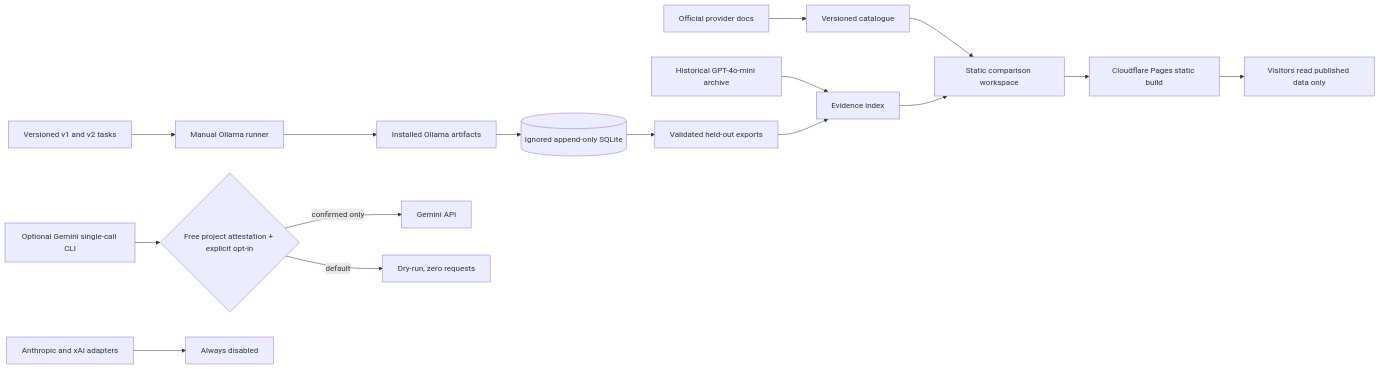
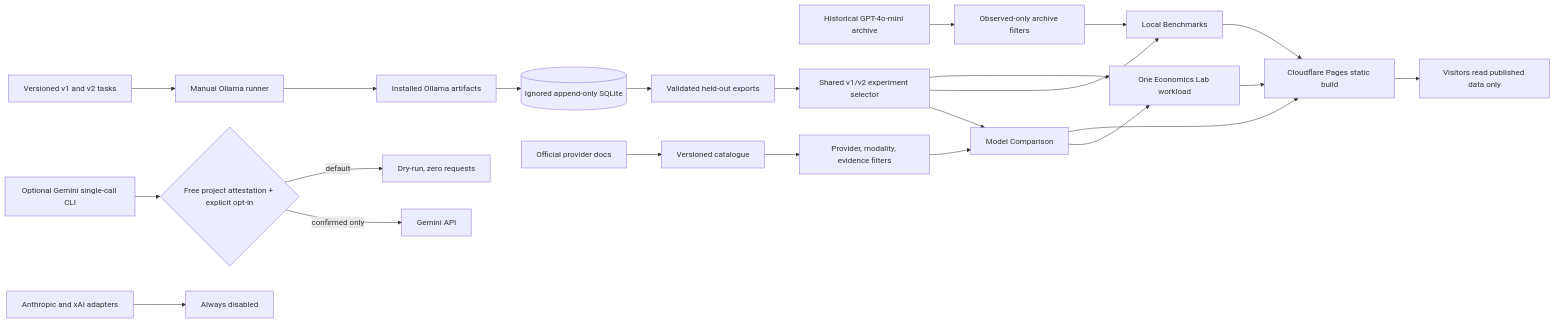
Before and after one commit to QinnniQ/infernomics: the diagram in docs/PROVIDER_METHODOLOGY.md, drawn with Mermaid. The commit also changed other lines of this file and 27 other files, not shown here.

Commit message:
Unify model comparison, benchmarks, and economics lab (#4)

````diff
--- a/docs/PROVIDER_METHODOLOGY.md
+++ b/docs/PROVIDER_METHODOLOGY.md
@@ -49,18 +57,25 @@
 ```mermaid
 flowchart LR
   D1[Versioned v1 and v2 tasks] --> L[Manual Ollama runner]
   L --> O[Installed Ollama artifacts]
   O --> DB[(Ignored append-only SQLite)]
   DB --> X[Validated held-out exports]
-  H[Historical GPT-4o-mini archive] --> E[Evidence index]
-  X --> E
+  H[Historical GPT-4o-mini archive] --> AF[Observed-only archive filters]
+  X --> ES[Shared v1/v2 experiment selector]
   C[Official provider docs] --> J[Versioned catalogue]
-  J --> W[Static comparison workspace]
-  E --> W
-  W --> P[Cloudflare Pages static build]
+  J --> MF[Provider, modality, evidence filters]
+  MF --> MC[Model Comparison]
+  MC --> LAB[One Economics Lab workload]
+  ES --> MC
+  ES --> BENCH[Local Benchmarks]
+  ES --> LAB
+  AF --> BENCH
+  MC --> P[Cloudflare Pages static build]
+  BENCH --> P
+  LAB --> P
   P --> V[Visitors read published data only]
   G[Optional Gemini single-call CLI] --> A{Free project attestation + explicit opt-in}
   A -->|confirmed only| API[Gemini API]
   A -->|default| DRY[Dry-run, zero requests]
   PX[Anthropic and xAI adapters] --> STOP[Always disabled]
 ```
````
